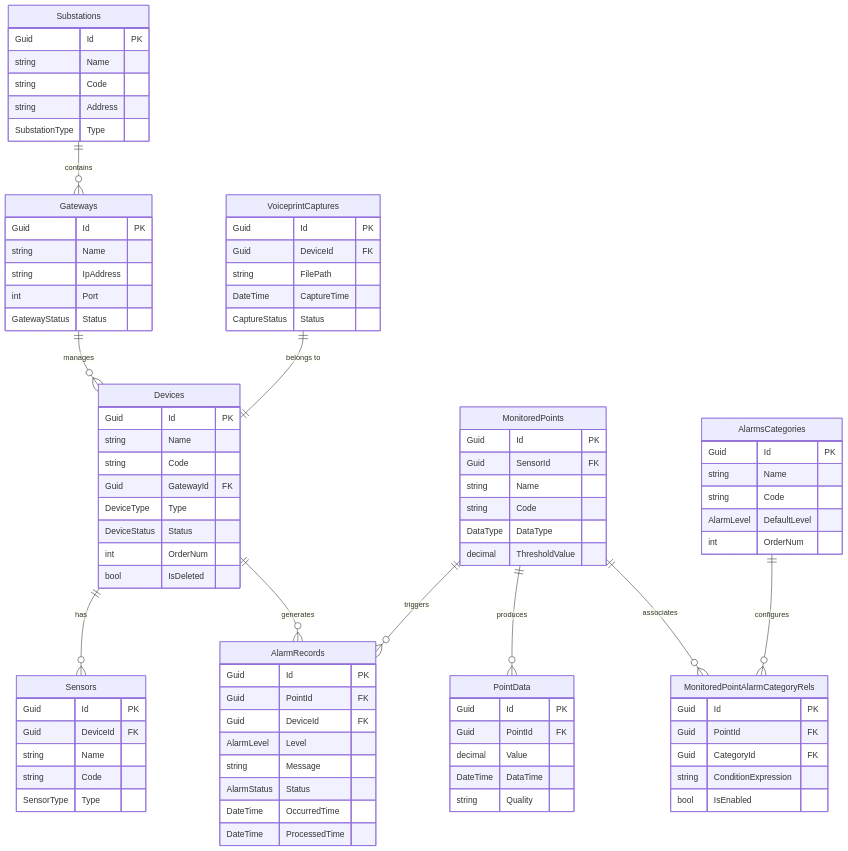
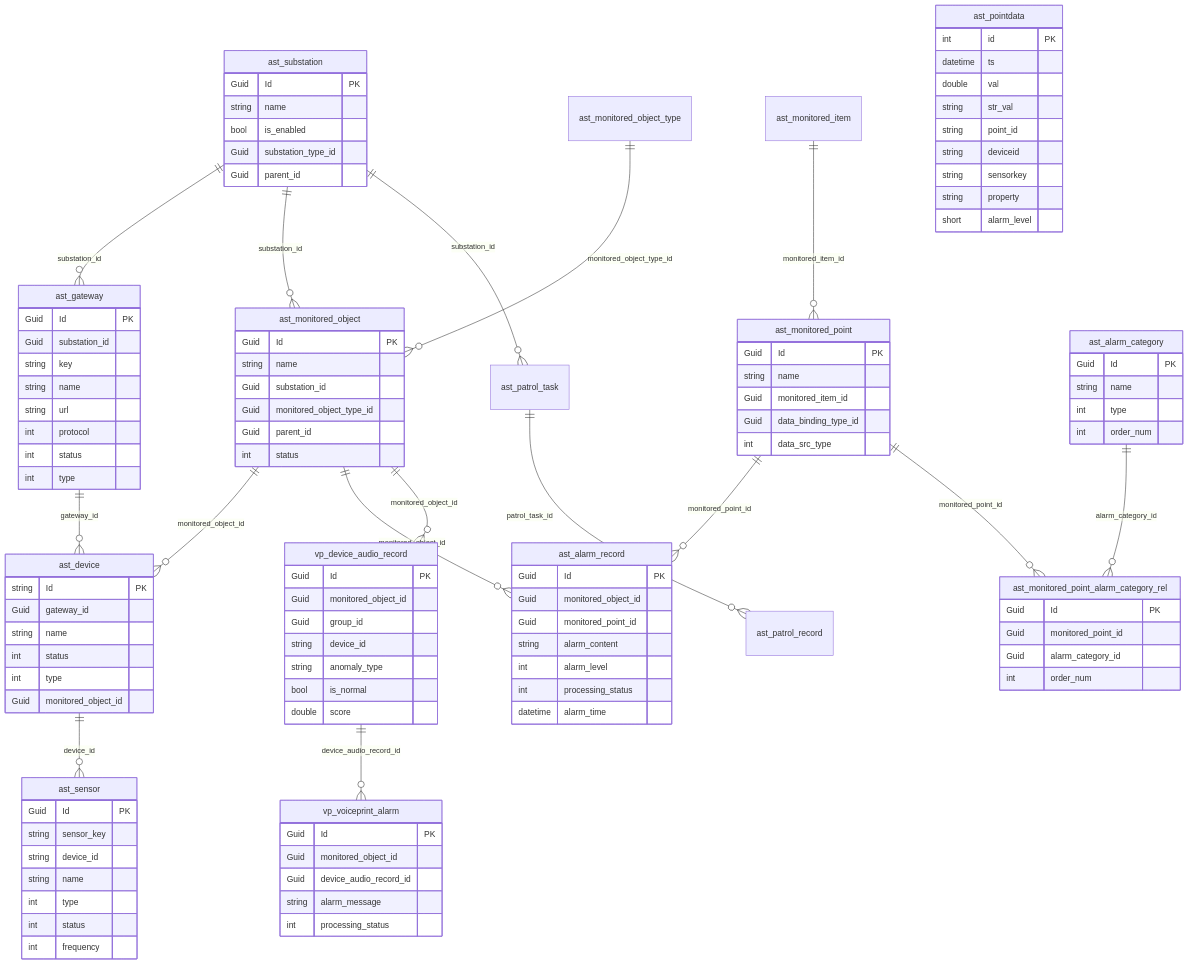
One commit to Zhoutenong/Obsidian_Voiceprint changed the diagram in voiceprint_backend_docs/Architecture/数据库设计.md. Above: the diagram before and after it, drawn with Mermaid. The commit also changed other lines of this file and 2 other files, not shown here.

````diff
--- a/voiceprint_backend_docs/Architecture/数据库设计.md
+++ b/voiceprint_backend_docs/Architecture/数据库设计.md
@@ -95,99 +72,127 @@
 ```mermaid
 erDiagram
-    Devices ||--o{ Sensors : "has"
-    Devices ||--o{ AlarmRecords : "generates"
-    Gateways ||--o{ Devices : "manages"
-    Substations ||--o{ Gateways : "contains"
-    MonitoredPoints ||--o{ AlarmRecords : "triggers"
-    MonitoredPoints ||--o{ PointData : "produces"
-    VoiceprintCaptures ||--|| Devices : "belongs to"
-    AlarmsCategories ||--o{ MonitoredPointAlarmCategoryRels : "configures"
-    MonitoredPoints ||--o{ MonitoredPointAlarmCategoryRels : "associates"
+    ast_substation ||--o{ ast_gateway : "substation_id"
+    ast_substation ||--o{ ast_monitored_object : "substation_id"
+    ast_substation ||--o{ ast_patrol_task : "substation_id"
+    ast_gateway ||--o{ ast_device : "gateway_id"
+    ast_device ||--o{ ast_sensor : "device_id"
+    ast_monitored_object_type ||--o{ ast_monitored_object : "monitored_object_type_id"
+    ast_monitored_object ||--o{ ast_device : "monitored_object_id"
+    ast_monitored_object ||--o{ ast_alarm_record : "monitored_object_id"
+    ast_monitored_item ||--o{ ast_monitored_point : "monitored_item_id"
+    ast_monitored_point ||--o{ ast_alarm_record : "monitored_point_id"
+    ast_monitored_point ||--o{ ast_monitored_point_alarm_category_rel : "monitored_point_id"
+    ast_alarm_category ||--o{ ast_monitored_point_alarm_category_rel : "alarm_category_id"
+    ast_patrol_task ||--o{ ast_patrol_record : "patrol_task_id"
+    ast_monitored_object ||--o{ vp_device_audio_record : "monitored_object_id"
+    vp_device_audio_record ||--o{ vp_voiceprint_alarm : "device_audio_record_id"
 
-    Devices {
+    ast_substation {
         Guid Id PK
-        string Name
-        string Code
-        Guid GatewayId FK
-        DeviceType Type
-        DeviceStatus Status
-        int OrderNum
-        bool IsDeleted
+        string name
+        bool is_enabled
+        Guid substation_type_id
+        Guid parent_id
     }
 
-    Gateways {
+    ast_gateway {
         Guid Id PK
-        string Name
-        string IpAddress
-        int Port
-        GatewayStatus Status
+        Guid substation_id
+        string key
+        string name
+        string url
+        int protocol
+        int status
+        int type
     }
 
-    Substations {
-        Guid Id PK
-        string Name
-        string Code
-        string Address
-        SubstationType Type
+    ast_device {
+        string Id PK
+        Guid gateway_id
+        string name
+        int status
+        int type
+        Guid monitored_object_id
     }
 
-    Sensors {
+    ast_sensor {
         Guid Id PK
-        Guid DeviceId FK
-        string Name
-        string Code
-        SensorType Type
+        string sensor_key
+        string device_id
+        string name
+        int type
+        int status
+        int frequency
     }
 
-    MonitoredPoints {
+    ast_monitored_object {
         Guid Id PK
-        Guid SensorId FK
-        string Name
-        string Code
-        DataType DataType
-        decimal ThresholdValue
+        string name
+        Guid substation_id
+        Guid monitored_object_type_id
+        Guid parent_id
+        int status
     }
 
-    AlarmRecords {
+    ast_monitored_point {
         Guid Id PK
-        Guid PointId FK
-        Guid DeviceId FK
-        AlarmLevel Level
-        string Message
-        AlarmStatus Status
-        DateTime OccurredTime
-        DateTime ProcessedTime
+        string name
+        Guid monitored_item_id
+        Guid data_binding_type_id
+        int data_src_type
     }
 
-    PointData {
-        Guid Id PK
-        Guid PointId FK
-        decimal Value
-        DateTime DataTime
-        string Quality
+    ast_pointdata {
+        int id PK
+        datetime ts
+        double val
+        string str_val
+        string point_id
+        string deviceid
+        string sensorkey
+        string property
+        short alarm_level
     }
 
-    VoiceprintCaptures {
+    ast_alarm_record {
         Guid Id PK
-        Guid DeviceId FK
-        string FilePath
-        DateTime CaptureTime
-        CaptureStatus Status
+        Guid monitored_object_id
+        Guid monitored_point_id
+        string alarm_content
+        int alarm_level
+        int processing_status
+        datetime alarm_time
     }
 
-    AlarmsCategories {
+    ast_alarm_category {
         Guid Id PK
-        string Name
-        string Code
-        AlarmLevel DefaultLevel
-        int OrderNum
+        string name
+        int type
+        int order_num
     }
 
-    MonitoredPointAlarmCategoryRels {
+    ast_monitored_point_alarm_category_rel {
         Guid Id PK
-        Guid PointId FK
-        Guid CategoryId FK
-        string ConditionExpression
-        bool IsEnabled
+        Guid monitored_point_id
+        Guid alarm_category_id
+        int order_num
+    }
+
+    vp_device_audio_record {
+        Guid Id PK
+        Guid monitored_object_id
+        Guid group_id
+        string device_id
+        string anomaly_type
+        bool is_normal
+        double score
+    }
+
+    vp_voiceprint_alarm {
+        Guid Id PK
+        Guid monitored_object_id
+        Guid device_audio_record_id
+        string alarm_message
+        int processing_status
     }
 ```
````
